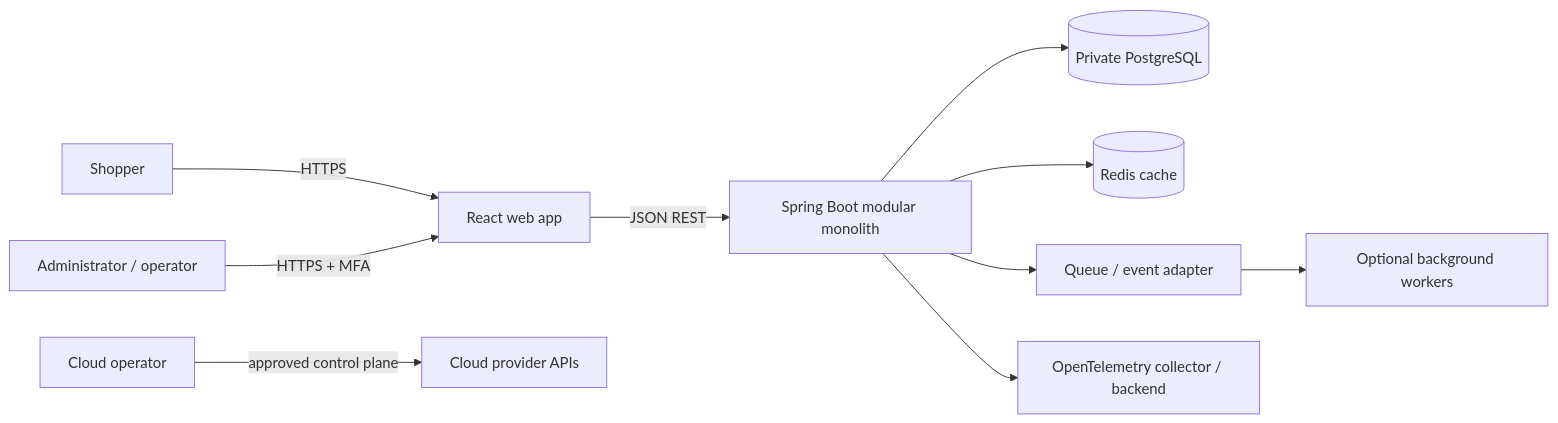
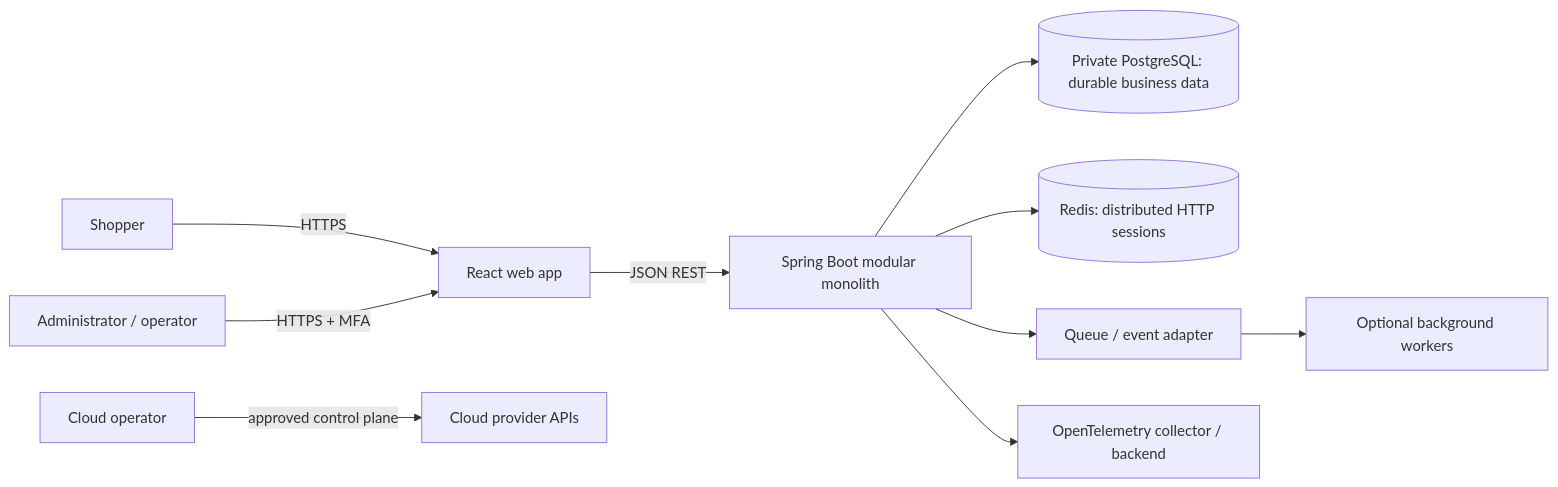
The first of 5 diagrams in docs/03-architecture/SYSTEM_ARCHITECTURE.md (karkalashivareddy/KLH_CSE_Y25_2026-27_CDIS_S3_Team-9), drawn with Mermaid before and after one commit. The commit also changed other lines of this file and 50 other files, not shown here.

Commit message:
feat: implement phase 4 distributed sessions and customer cart

````diff
--- a/docs/03-architecture/SYSTEM_ARCHITECTURE.md
+++ b/docs/03-architecture/SYSTEM_ARCHITECTURE.md
@@ -7,12 +7,12 @@
 ```mermaid
 flowchart LR
   Shopper[Shopper] -->|HTTPS| Web[React web app]
   Admin[Administrator / operator] -->|HTTPS + MFA| Web
   Web -->|JSON REST| API[Spring Boot modular monolith]
-  API --> DB[(Private PostgreSQL)]
-  API --> Cache[(Redis cache)]
+  API --> DB[(Private PostgreSQL: durable business data)]
+  API --> Cache[(Redis: distributed HTTP sessions)]
   API --> Queue[Queue / event adapter]
   Queue --> Worker[Optional background workers]
   API --> Telemetry[OpenTelemetry collector / backend]
   Operator[Cloud operator] -->|approved control plane| Cloud[Cloud provider APIs]
 ```
````
